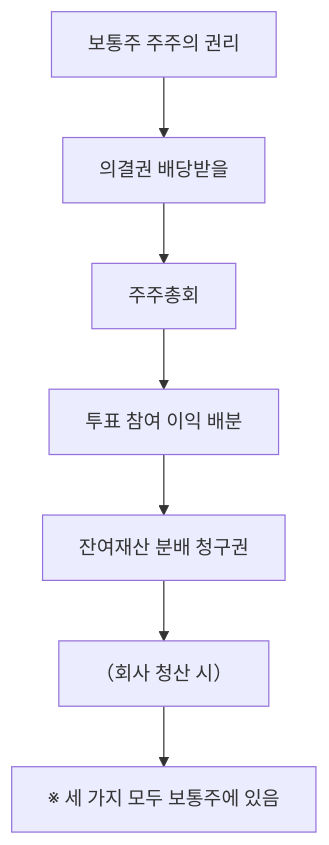
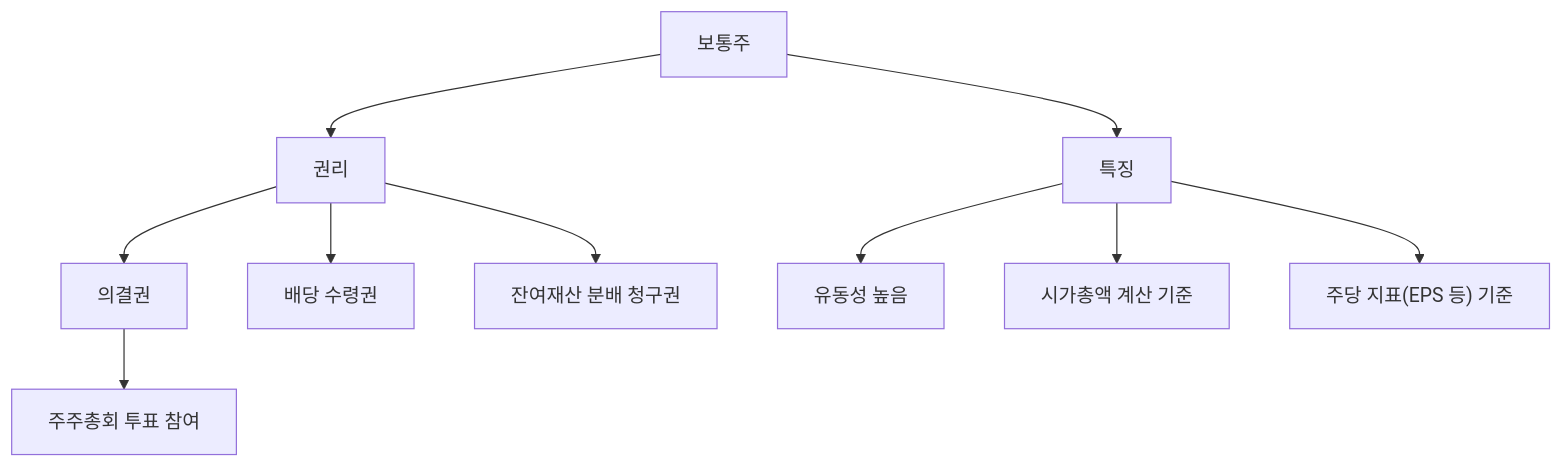
One commit to yeongseon/stock-visual-note changed the diagram in content/stock-terms/ko/level-01-basic/common-stock.md. Above: the diagram before and after it, drawn with Mermaid. The commit also changed other lines of this file and 96 other files, not shown here.

Commit message:
Rewrite all 98 remaining articles: branching Mermaid diagrams, natural search_intent, compelling seo_titles, clean descriptions

````diff
--- a/content/stock-terms/ko/level-01-basic/common-stock.md
+++ b/content/stock-terms/ko/level-01-basic/common-stock.md
@@ -53,16 +49,12 @@
 ```mermaid
 graph TD
-    A0["보통주 주주의 권리"]
-    A1["의결권 배당받을"]
-    A2["주주총회"]
-    A3["투표 참여 이익 배분"]
-    A4["잔여재산 분배 청구권"]
-    A5["（회사 청산 시）"]
-    A6["※ 세 가지 모두 보통주에 있음"]
-    A0 --> A1
-    A1 --> A2
-    A2 --> A3
-    A3 --> A4
-    A4 --> A5
-    A5 --> A6
+    A["보통주"] --> B["권리"]
+    A --> C["특징"]
+    B --> B1["의결권"]
+    B --> B2["배당 수령권"]
+    B --> B3["잔여재산 분배 청구권"]
+    B1 --> B1a["주주총회 투표 참여"]
+    C --> C1["유동성 높음"]
+    C --> C2["시가총액 계산 기준"]
+    C --> C3["주당 지표(EPS 등) 기준"]
 ```
````
